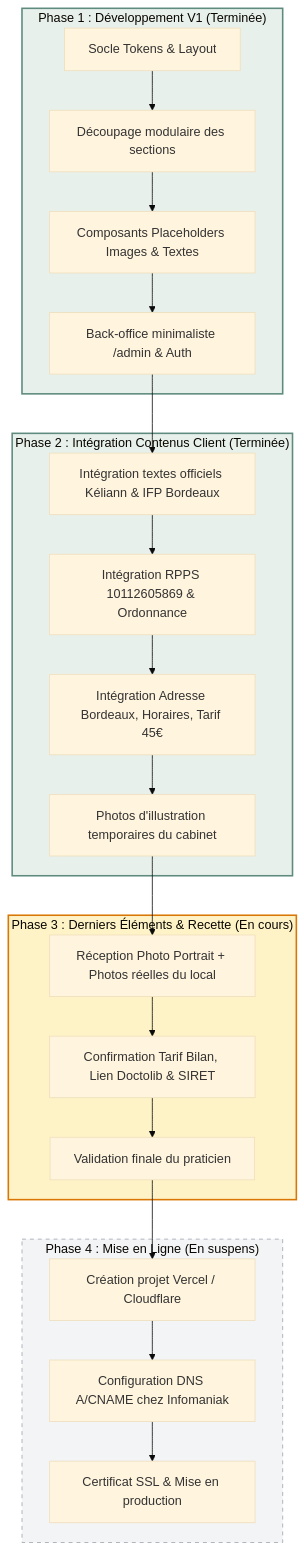
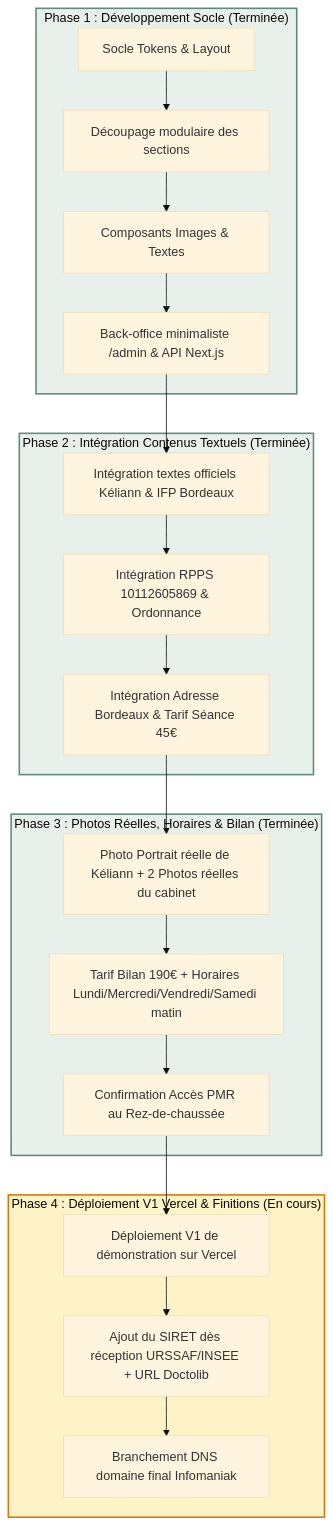
One commit to maxlamenace33-del/site-keliann-psychomot changed the diagram in PRD.md. Above: the diagram before and after it, drawn with Mermaid (base theme). The commit also changed other lines of this file and 16 other files, not shown here.

Commit message:
feat(phase3): integrate real portrait & cabinet photos, 190€ bilan, opening hours, PMR access, and serverless admin fallback

````diff
--- a/PRD.md
+++ b/PRD.md
@@ -31,32 +31,31 @@
 ```mermaid
 flowchart TD
-    subgraph PHASE_1 ["Phase 1 : Développement V1 (Terminée)"]
+    subgraph PHASE_1 ["Phase 1 : Développement Socle (Terminée)"]
         P1_A[Socle Tokens & Layout] --> P1_B[Découpage modulaire des sections]
-        P1_B --> P1_C[Composants Placeholders Images & Textes]
-        P1_C --> P1_D[Back-office minimaliste /admin & Auth]
+        P1_B --> P1_C[Composants Images & Textes]
+        P1_C --> P1_D[Back-office minimaliste /admin & API Next.js]
     end
 
-    subgraph PHASE_2 ["Phase 2 : Intégration Contenus Client (Terminée)"]
+    subgraph PHASE_2 ["Phase 2 : Intégration Contenus Textuels (Terminée)"]
         P1_D --> P2_A[Intégration textes officiels Kéliann & IFP Bordeaux]
         P2_A --> P2_B[Intégration RPPS 10112605869 & Ordonnance]
-        P2_B --> P2_C[Intégration Adresse Bordeaux, Horaires, Tarif 45€]
-        P2_C --> P2_D[Photos d'illustration temporaires du cabinet]
+        P2_B --> P2_C[Intégration Adresse Bordeaux & Tarif Séance 45€]
     end
 
-    subgraph PHASE_3 ["Phase 3 : Derniers Éléments & Recette (En cours)"]
-        P2_D --> P3_A[Réception Photo Portrait + Photos réelles du local]
-        P3_A --> P3_B[Confirmation Tarif Bilan, Lien Doctolib & SIRET]
-        P3_B --> P3_C[Validation finale du praticien]
+    subgraph PHASE_3 ["Phase 3 : Photos Réelles, Horaires & Bilan (Terminée)"]
+        P2_C --> P3_A[Photo Portrait réelle de Kéliann + 2 Photos réelles du cabinet]
+        P3_A --> P3_B[Tarif Bilan 190€ + Horaires Lundi/Mercredi/Vendredi/Samedi matin]
+        P3_B --> P3_C[Confirmation Accès PMR au Rez-de-chaussée]
     end
 
-    subgraph PHASE_4 ["Phase 4 : Mise en Ligne (En suspens)"]
-        P3_C --> P4_A[Création projet Vercel / Cloudflare]
-        P4_A --> P4_B[Configuration DNS A/CNAME chez Infomaniak]
-        P4_B --> P4_C[Certificat SSL & Mise en production]
+    subgraph PHASE_4 ["Phase 4 : Déploiement V1 Vercel & Finitions (En cours)"]
+        P3_C --> P4_A[Déploiement V1 de démonstration sur Vercel]
+        P4_A --> P4_B[Ajout du SIRET dès réception URSSAF/INSEE + URL Doctolib]
+        P4_B --> P4_C[Branchement DNS domaine final Infomaniak]
     end
 
     style PHASE_1 fill:#E8F0EC,stroke:#5E8B7E,stroke-width:2px
     style PHASE_2 fill:#E8F0EC,stroke:#5E8B7E,stroke-width:2px
-    style PHASE_3 fill:#FEF3C7,stroke:#D97706,stroke-width:2px
-    style PHASE_4 fill:#F3F4F6,stroke:#9CA3AF,stroke-dasharray: 5 5
+    style PHASE_3 fill:#E8F0EC,stroke:#5E8B7E,stroke-width:2px
+    style PHASE_4 fill:#FEF3C7,stroke:#D97706,stroke-width:2px
 ```
````
